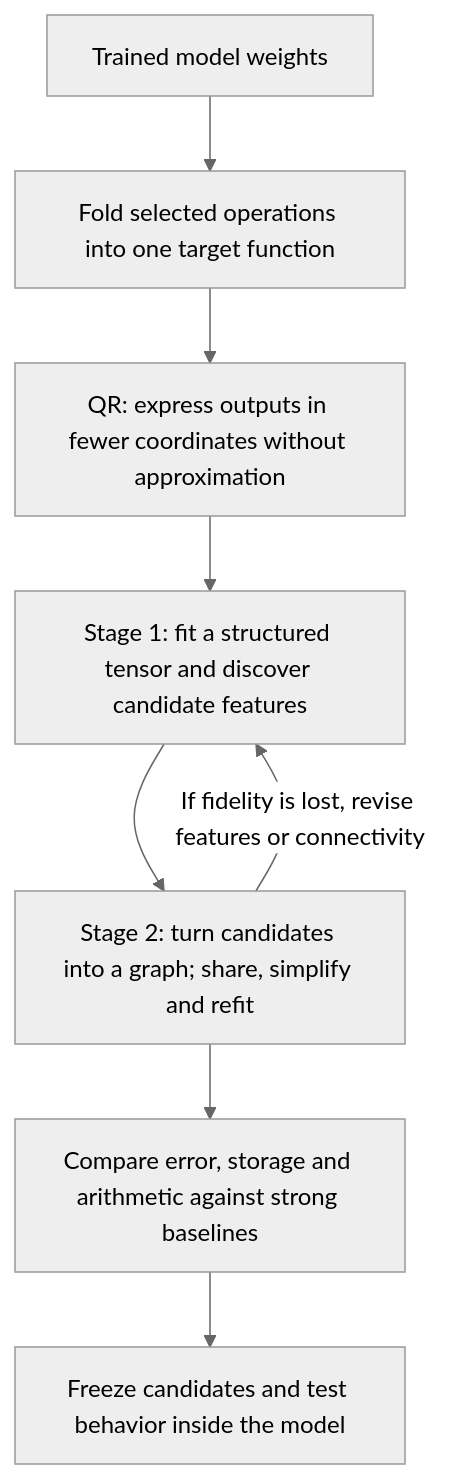
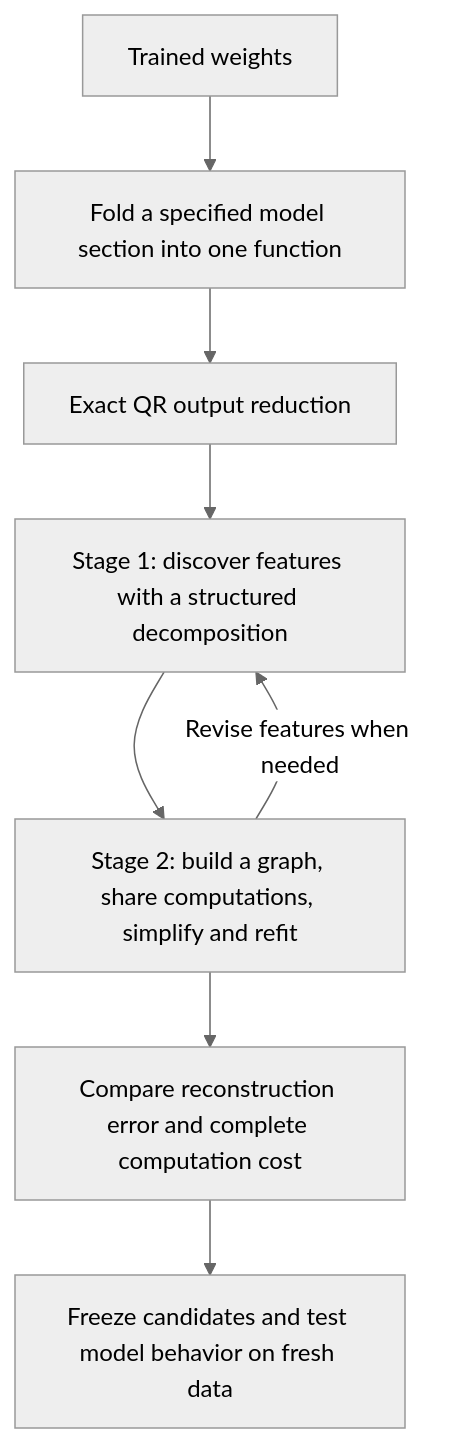
Before and after one commit to loganriggs/tensor_language: the first of 2 diagrams in basis_aligned/polynomial_causal/explanations/for_logan/research_update_2026-09-21_0104_full_coverage_and_shared_baselines.md, drawn with Mermaid (neutral theme). The commit also changed other lines of this file and 2 other files, not shown here.

Commit message:
Rewrite overall decomposition review around the two-stage research plan

````diff
--- a/basis_aligned/polynomial_causal/explanations/for_logan/research_update_2026-09-21_0104_full_coverage_and_shared_baselines.md
+++ b/basis_aligned/polynomial_causal/explanations/for_logan/research_update_2026-09-21_0104_full_coverage_and_shared_baselines.md
@@ -11,10 +9,10 @@
 ```mermaid
 flowchart TD
-    A[Trained model weights] --> B[Fold selected operations into one target function]
-    B --> C[QR: express outputs in fewer coordinates without approximation]
-    C --> D[Stage 1: fit a structured tensor and discover candidate features]
-    D --> E[Stage 2: turn candidates into a graph; share, simplify and refit]
-    E --> F[Compare error, storage and arithmetic against strong baselines]
-    F --> G[Freeze candidates and test behavior inside the model]
-    E -->|If fidelity is lost, revise features or connectivity| D
+    A[Trained weights] --> B[Fold a specified model section into one function]
+    B --> C[Exact QR output reduction]
+    C --> D[Stage 1: discover features with a structured decomposition]
+    D --> E[Stage 2: build a graph, share computations, simplify and refit]
+    E --> F[Compare reconstruction error and complete computation cost]
+    F --> G[Freeze candidates and test model behavior on fresh data]
+    E -->|Revise features when needed| D
 ```
````
